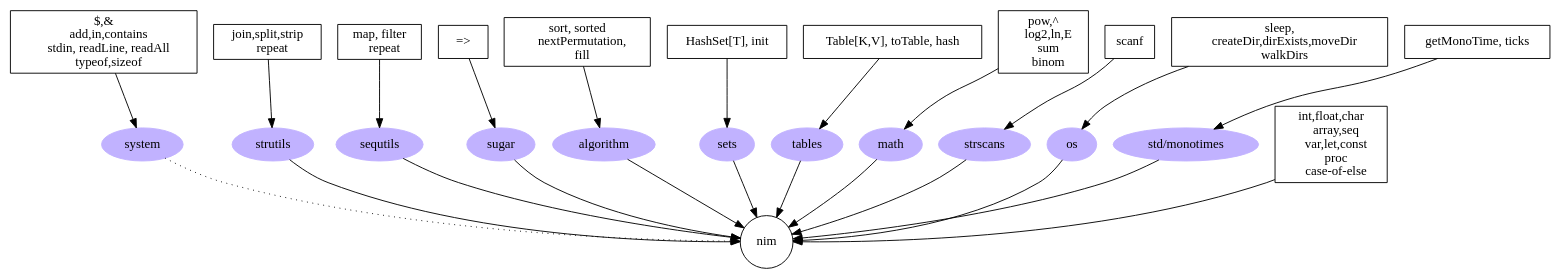
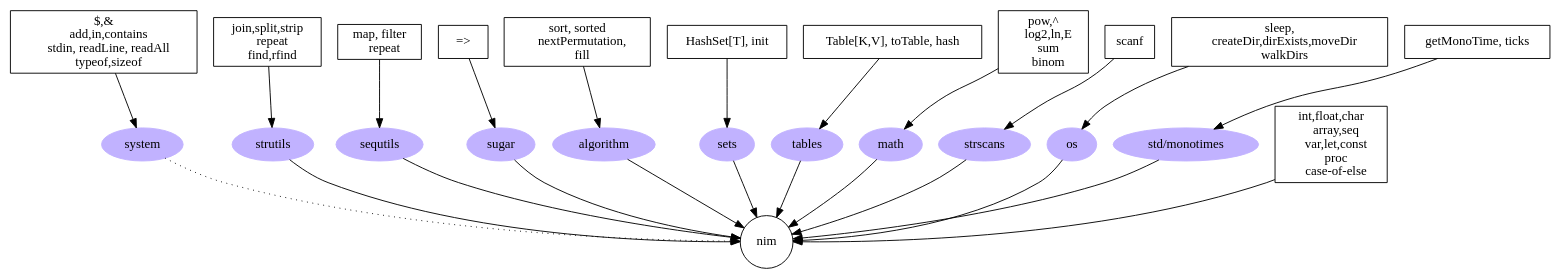
The diagram in graphViz/rajz.gv (czylabsonasa/learnnim), drawn with Graphviz before and after one commit. The commit also changed 19 other files, not shown here.

```diff
--- a/graphViz/rajz.gv
+++ b/graphViz/rajz.gv
@@ -1,121 +1,122 @@
 digraph G { 
   nim 
     [shape = circle, URL = "https://nim-lang.org"] ;
   
   system, strutils, 
   sequtils, sugar, 
   algorithm, sets, tables, 
   math, strscans, os, monotimes
     [style = filled, color = "0.7 0.3 1.0"] ;
   
   monotimes [label="std/monotimes"]
 
 
   nim0 [ label = 
     "int,float,char
     array,seq
     var,let,const
     proc
     case-of-else", 
   shape = box ]
   nim0 -> nim ;
   
 /* ************ */
   system -> nim [style = dotted] ;
   system0 [ label = 
     "$,&
     add,in,contains
     stdin, readLine, readAll
     typeof,sizeof", 
   shape = box] ;
   system0 -> system ;
 
 /* ************ */
   strutils -> nim;
   strutils0[ label = 
     "join,split,strip
-    repeat", 
+    repeat
+    find,rfind", 
   shape = box] ;
   strutils0 -> strutils ;
 
 /* ************ */
 
   sequtils -> nim;
   sequtils0[ label = 
     "map, filter
     repeat", 
   shape = box] ; 
   sequtils0 -> sequtils;
 
 /* ************ */
   sugar -> nim;
   sugar0[ label = 
     "=>", 
   shape = box ] ; 
   sugar0 -> sugar;
 
 /* ************ */
 
   algorithm -> nim;
   algorithm0[label = 
     "sort, sorted
     nextPermutation,
     fill", 
   shape = box ]
   algorithm0 -> algorithm    
 
 /* ************ */
 
   sets -> nim;
   sets0[ label = 
     "HashSet[T], init", 
   shape = box ] ; 
   sets0 -> sets;
 
 
 /* ************ */
   tables -> nim;
   tables0[ label = 
     "Table[K,V], toTable, hash", 
   shape = box ] ; 
   tables0 -> tables;
 
 
 /* ************ */
 
   math -> nim;
   math0[ label = 
     "pow,^
     log2,ln,E
     sum
     binom", 
   shape = box ] ; 
   math0 -> math ;
 
 /* ************ */
 
   strscans -> nim;
   strscans0[ label = 
     "scanf", 
   shape = box ]
   strscans0 -> strscans ;
 
 /* ************ */
 
   os -> nim;
   os0[ label = 
     "sleep,
     createDir,dirExists,moveDir
     walkDirs", 
   shape = box ]
   os0 -> os ;
 
 /* ************ */
 
   monotimes -> nim;
   monotimes0[ label = 
     "getMonoTime, ticks", 
   shape = box ]
   monotimes0 -> monotimes ;
 
 }
```
